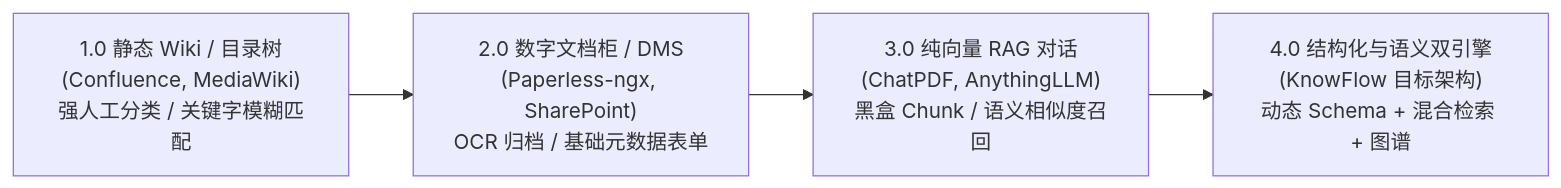
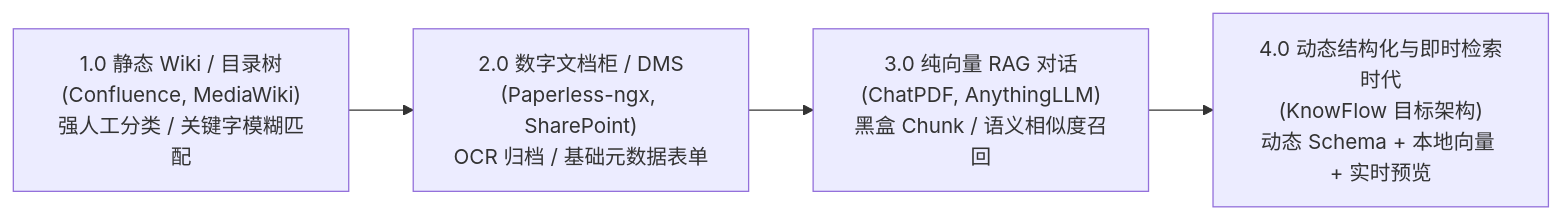
Before and after one commit to mcocdaa/KnowFlow: the first of 3 diagrams in docs/product_research_and_plan.md, drawn with Mermaid. The commit also changed other lines of this file and 1 other file, not shown here.

First line of the commit message:
docs & chore: update product roadmap and set dependabot to monthly (#52)

````diff
--- a/docs/product_research_and_plan.md
+++ b/docs/product_research_and_plan.md
@@ -46,6 +50,6 @@
 ```mermaid
 flowchart LR
     A["1.0 静态 Wiki / 目录树\n(Confluence, MediaWiki)\n强人工分类 / 关键字模糊匹配"] --> B["2.0 数字文档柜 / DMS\n(Paperless-ngx, SharePoint)\nOCR 归档 / 基础元数据表单"]
     B --> C["3.0 纯向量 RAG 对话\n(ChatPDF, AnythingLLM)\n黑盒 Chunk / 语义相似度召回"]
-    C --> D["4.0 结构化与语义双引擎\n(KnowFlow 目标架构)\n动态 Schema + 混合检索 + 图谱"]
+    C --> D["4.0 动态结构化与即时检索时代\n(KnowFlow 目标架构)\n动态 Schema + 本地向量 + 实时预览"]
 ```
````
